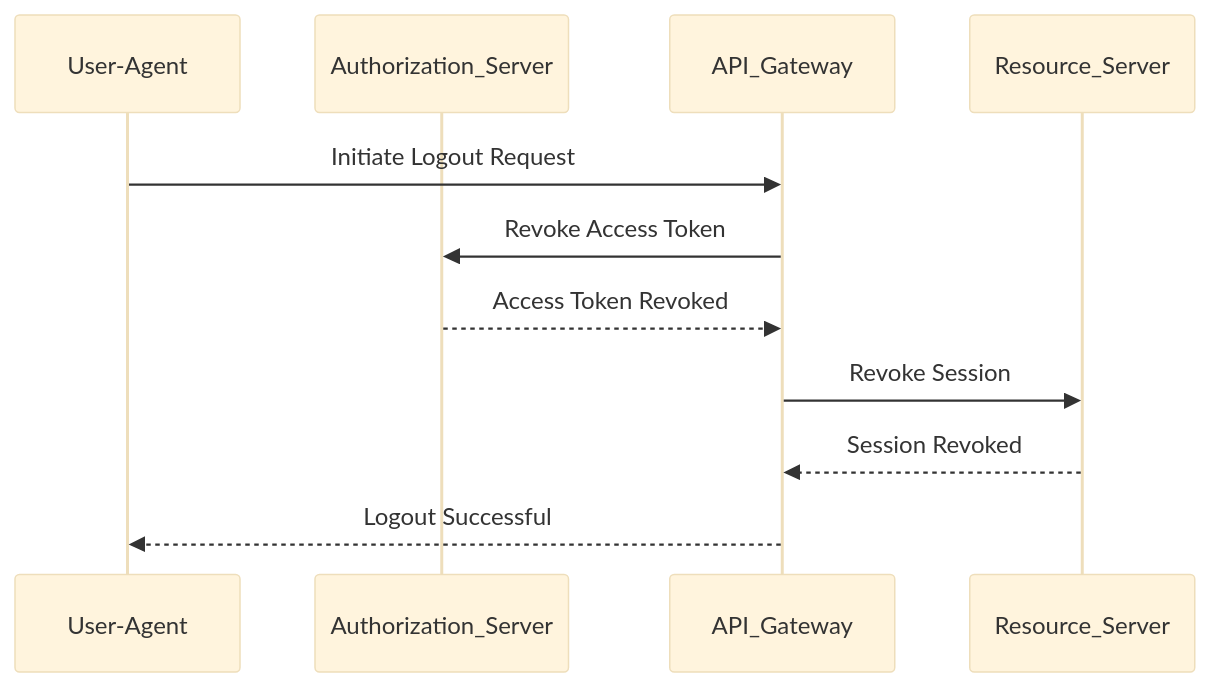
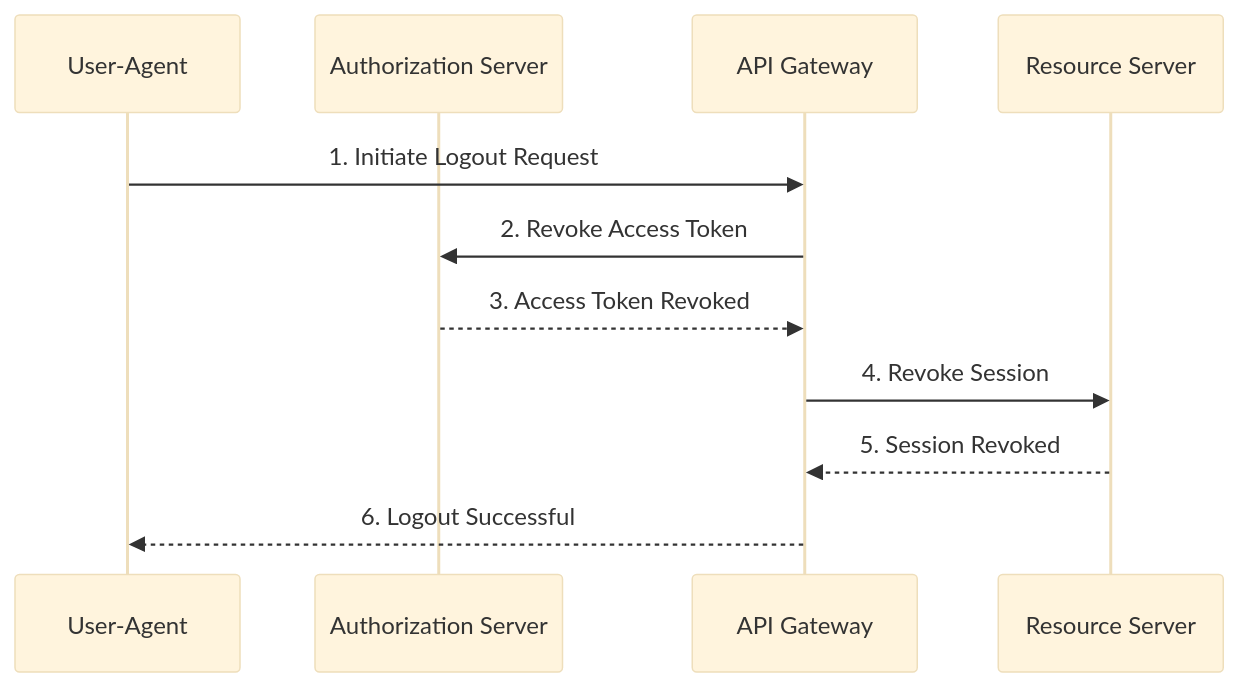
One commit to sunilchandra007/my-api-playground changed the second of 2 diagrams in Authentication.md. Above: the diagram before and after it, drawn with Mermaid (base theme). The commit also changed other lines of this file, not shown here.

````diff
--- a/Authentication.md
+++ b/Authentication.md
@@ -60,14 +32,15 @@
 ```mermaid
 sequenceDiagram
-    participant User-Agent
-    participant Authorization_Server
-    participant API_Gateway
-    participant Resource_Server
+    participant UA as User-Agent
+    participant AR as Authorization Server
+    participant AG as API Gateway
+    participant RS as Resource Server
 
-    User-Agent ->> API_Gateway: Initiate Logout Request
-    API_Gateway ->> Authorization_Server: Revoke Access Token
-    Authorization_Server -->> API_Gateway: Access Token Revoked
-    API_Gateway ->> Resource_Server: Revoke Session
-    Resource_Server -->> API_Gateway: Session Revoked
-    API_Gateway -->> User-Agent: Logout Successful
+    UA->>AG: 1. Initiate Logout Request
+    AG->>AR: 2. Revoke Access Token
+    AR-->>AG: 3. Access Token Revoked
+    AG->>RS: 4. Revoke Session
+    RS-->>AG: 5. Session Revoked
+    AG-->>UA: 6. Logout Successful
+
 ```
````
